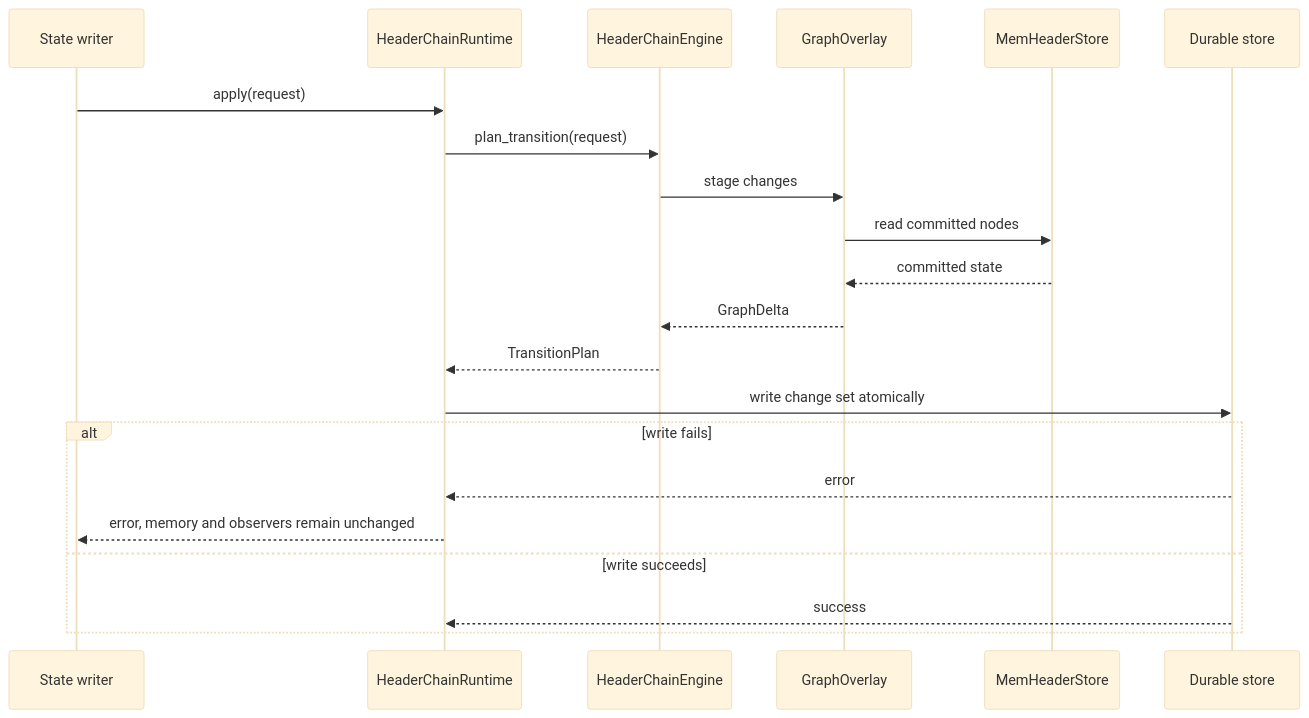
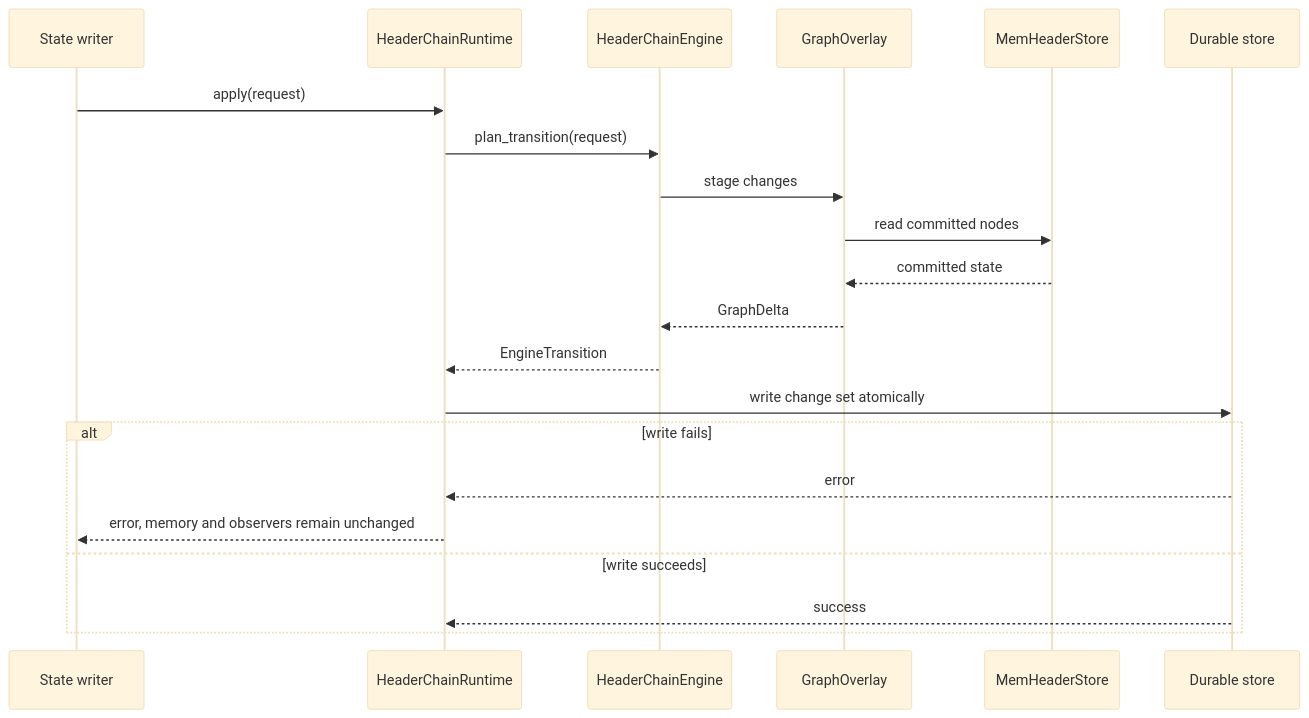
The first of 4 diagrams in docs/design/headerchain/production_code_header-chain.md (zakura-core/zakura), drawn with Mermaid (base theme) before and after one commit. The commit also changed other lines of this file, not shown here.

````diff
--- a/docs/design/headerchain/production_code_header-chain.md
+++ b/docs/design/headerchain/production_code_header-chain.md
@@ -96,25 +96,25 @@
 ```mermaid
 sequenceDiagram
   participant W as State writer
   participant R as HeaderChainRuntime
   participant E as HeaderChainEngine
   participant O as GraphOverlay
   participant M as MemHeaderStore
   participant D as Durable store
 
   W->>R: apply(request)
   R->>E: plan_transition(request)
   E->>O: stage changes
   O->>M: read committed nodes
   M-->>O: committed state
   O-->>E: GraphDelta
-  E-->>R: TransitionPlan
+  E-->>R: EngineTransition
   R->>D: write change set atomically
 
   alt write fails
     D-->>R: error
     R-->>W: error, memory and observers remain unchanged
   else write succeeds
     D-->>R: success
   end
 ```
````
